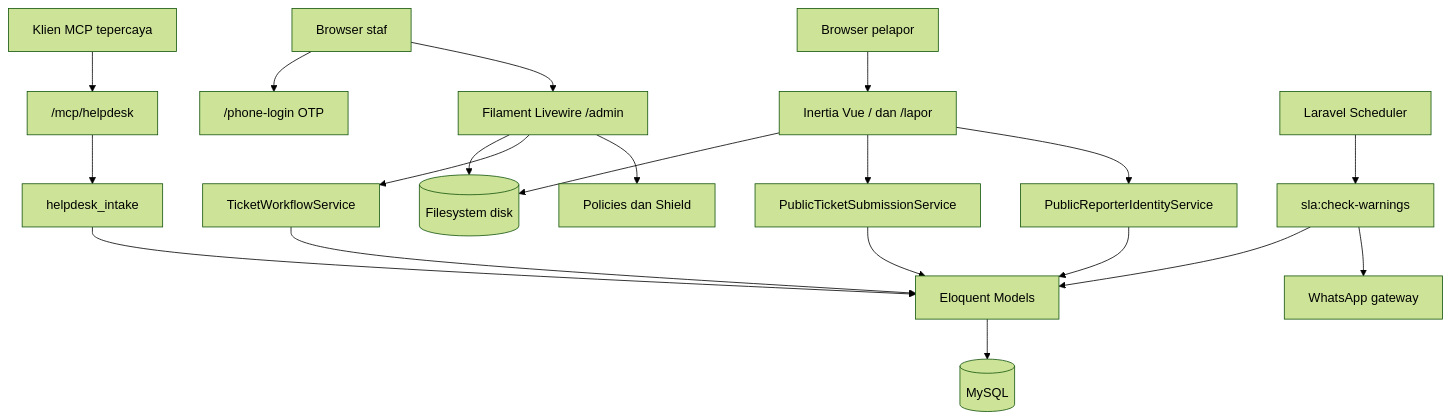
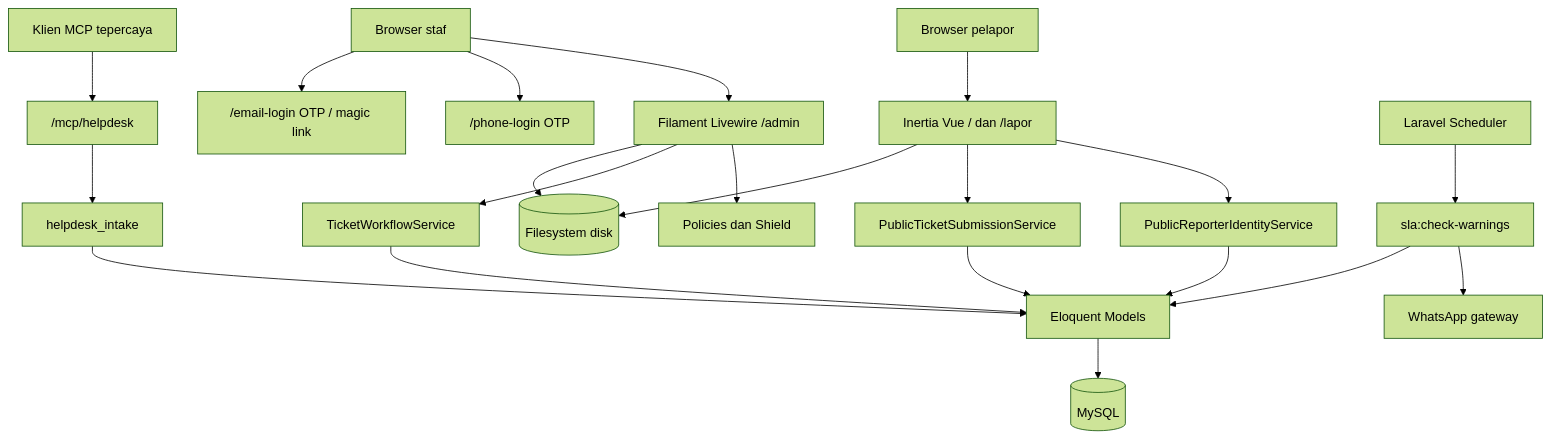
The second of 2 diagrams in README.md (oceanspacedev/helpdesk-web), drawn with Mermaid (forest theme) before and after one commit. The commit also changed other lines of this file and 40 other files, not shown here.

First line of the commit message:
Replace Google login with email OTP and magic link, as in dnd-web and gais-web.

````diff
--- a/README.md
+++ b/README.md
@@ -197,22 +209,23 @@
 ```mermaid
 flowchart TB
     Pelapor[Browser pelapor] --> Form[Inertia Vue / dan /lapor]
     Staf[Browser staf] --> Filament[Filament Livewire /admin]
     Staf --> PhoneLogin["/phone-login OTP"]
+    Staf --> EmailLogin["/email-login OTP / magic link"]
     McpClient[Klien MCP tepercaya] --> Mcp["/mcp/helpdesk"]
     Form --> Identity[PublicReporterIdentityService]
     Form --> Submit[PublicTicketSubmissionService]
     Filament --> Policies[Policies dan Shield]
     Filament --> Workflow[TicketWorkflowService]
     Scheduler[Laravel Scheduler] --> Sla[sla:check-warnings]
     Identity --> Models[Eloquent Models]
     Submit --> Models
     Workflow --> Models
     Mcp --> Intake[helpdesk_intake]
     Intake --> Models
     Sla --> WA[WhatsApp gateway]
     Sla --> Models
     Models --> DB[(MySQL)]
     Filament --> Files[(Filesystem disk)]
     Form --> Files
 ```
````
